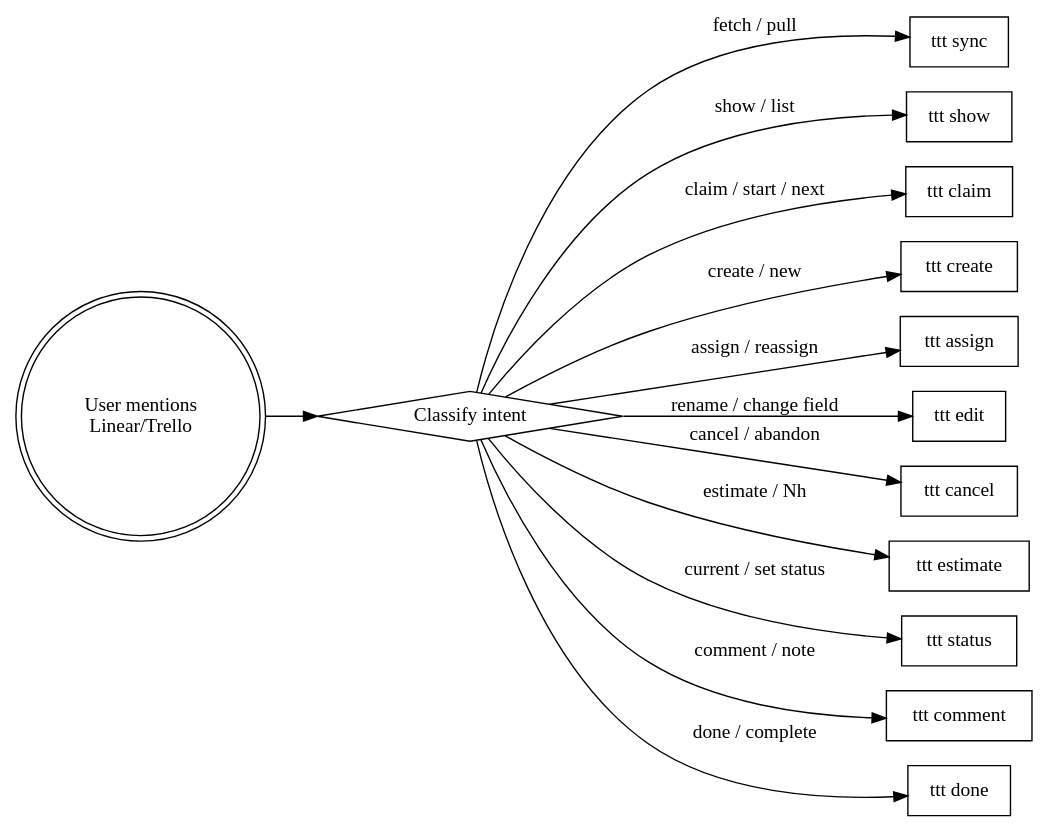
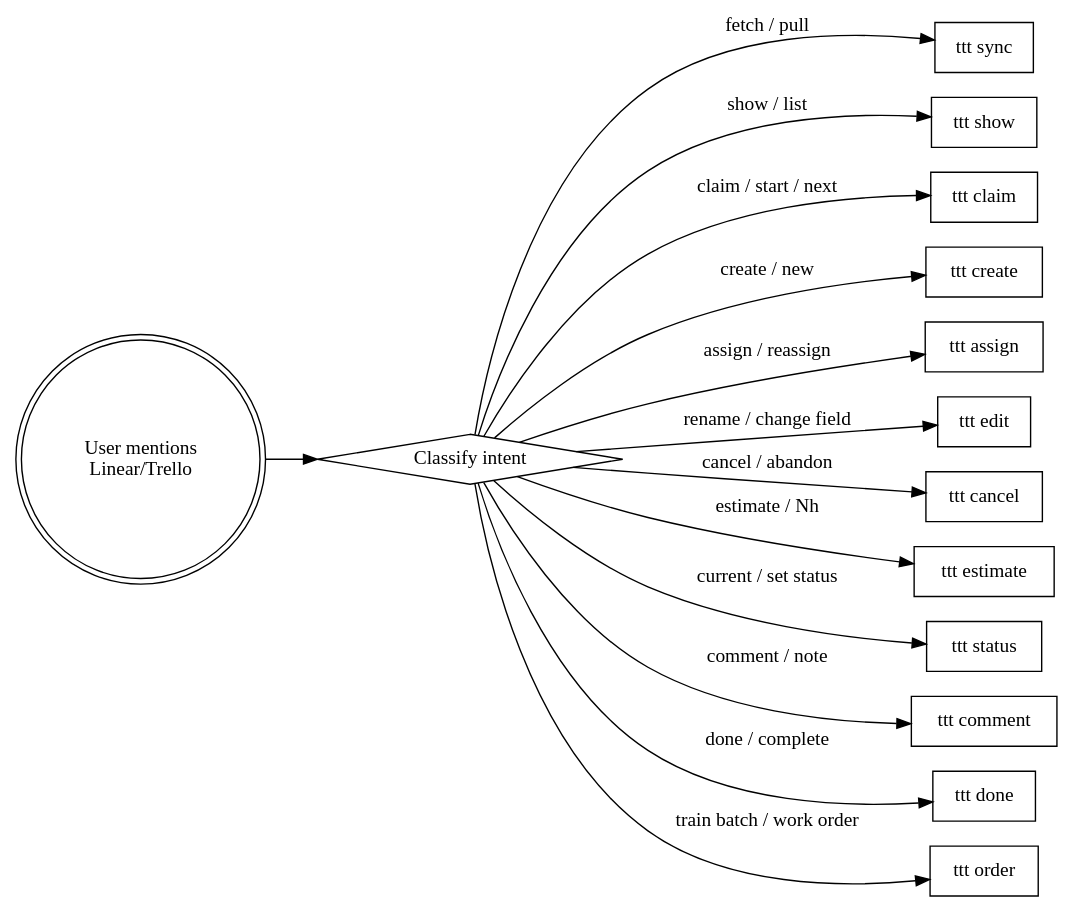
One commit to wayne930242/team-toon-tack changed the diagram in skills/managing-linear-tasks/SKILL.md. Above: the diagram before and after it, drawn with Graphviz. The commit also changed other lines of this file and 19 other files, not shown here.

First line of the commit message:
feat(order): work order carrying a train batch from claim to Done

````diff
--- a/skills/managing-linear-tasks/SKILL.md
+++ b/skills/managing-linear-tasks/SKILL.md
@@ -113,33 +141,35 @@
 ```dot
 digraph ttt_router {
     rankdir=LR;
 
     user [label="User mentions\nLinear/Trello", shape=doublecircle];
     classify [label="Classify intent", shape=diamond];
 
     sync     [label="ttt sync",    shape=box];
     show     [label="ttt show",    shape=box];
     claim    [label="ttt claim",   shape=box];
     create   [label="ttt create",  shape=box];
     assign   [label="ttt assign",  shape=box];
     edit     [label="ttt edit",    shape=box];
     cancel   [label="ttt cancel",  shape=box];
     estimate [label="ttt estimate", shape=box];
     status   [label="ttt status",  shape=box];
     comment  [label="ttt comment", shape=box];
     done     [label="ttt done",    shape=box];
+    order    [label="ttt order",   shape=box];
 
     user -> classify;
     classify -> sync     [label="fetch / pull"];
     classify -> show     [label="show / list"];
     classify -> claim    [label="claim / start / next"];
     classify -> create   [label="create / new"];
     classify -> assign   [label="assign / reassign"];
     classify -> edit     [label="rename / change field"];
     classify -> cancel   [label="cancel / abandon"];
     classify -> estimate [label="estimate / Nh"];
     classify -> status   [label="current / set status"];
     classify -> comment  [label="comment / note"];
     classify -> done     [label="done / complete"];
+    classify -> order    [label="train batch / work order"];
 }
 ```
````
